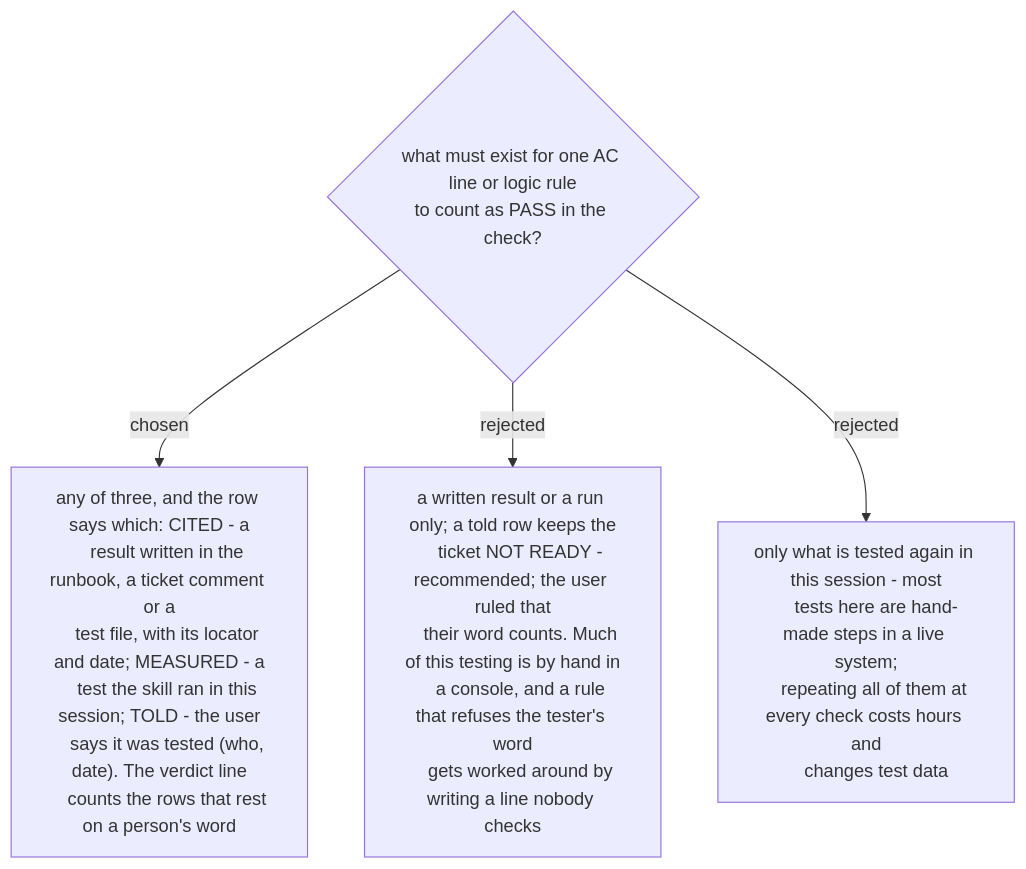
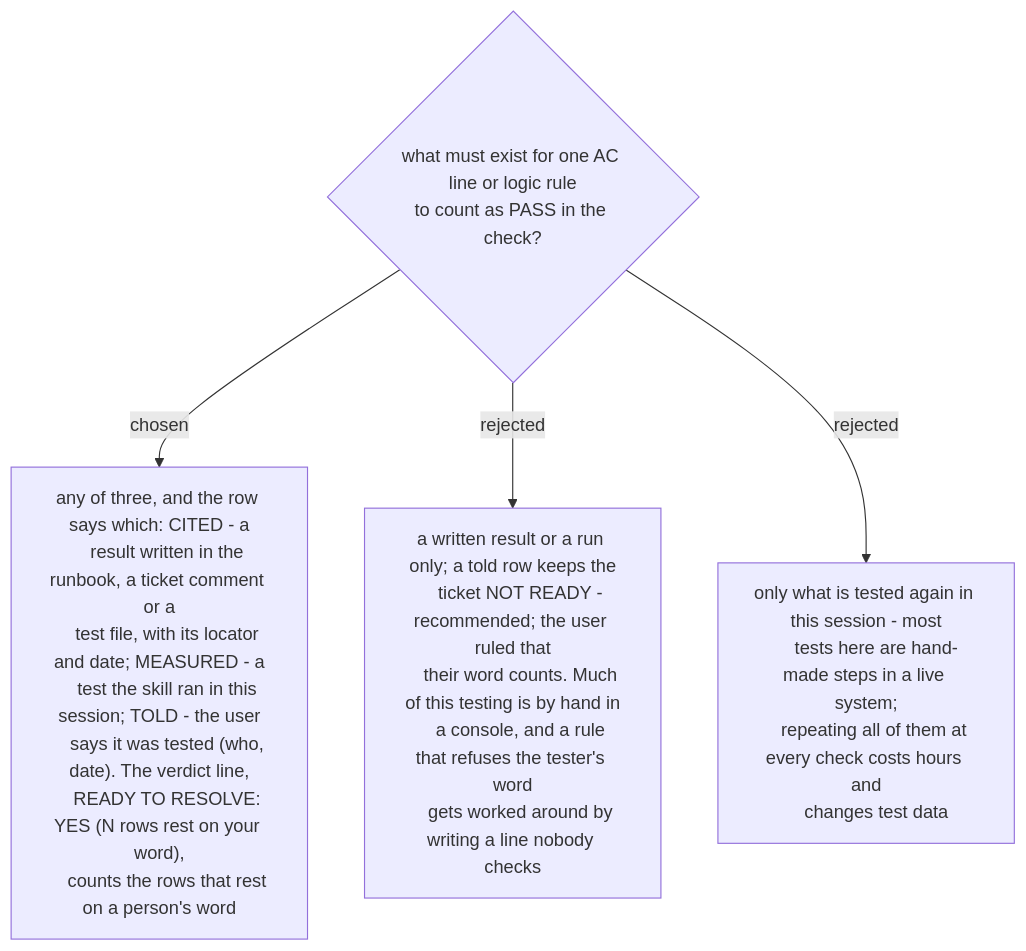
Before and after one commit to ThodsaphonSonthiphin/workflow-daily-work: the diagram in docs/adr/workflow-daily-work-0319-a-row-passes-on-a-written-result-a-test-run-now-or-the-users-word-each-marked.md, drawn with Mermaid. The commit also changed other lines of this file and 10 other files, not shown here.

First line of the commit message:
docs(resolve-the-ticket): ADRs 0331-0333 - requirement-text staleness, split tables only, file-only runbook hand-off; spec says what the skill ships; eval 7; plan banner

````diff
--- a/docs/adr/workflow-daily-work-0319-a-row-passes-on-a-written-result-a-test-run-now-or-the-users-word-each-marked.md
+++ b/docs/adr/workflow-daily-work-0319-a-row-passes-on-a-written-result-a-test-run-now-or-the-users-word-each-marked.md
@@ -3,18 +3,19 @@
 ```mermaid
 flowchart TD
     Q{"what must exist for one AC line or logic rule<br/>to count as PASS in the check?"} -->|chosen| A["any of three, and the row says which: CITED - a
     result written in the runbook, a ticket comment or a
     test file, with its locator and date; MEASURED - a
     test the skill ran in this session; TOLD - the user
-    says it was tested (who, date). The verdict line
+    says it was tested (who, date). The verdict line,
+    READY TO RESOLVE: YES (N rows rest on your word),
     counts the rows that rest on a person's word"]
     Q -->|rejected| B["a written result or a run only; a told row keeps the
     ticket NOT READY - recommended; the user ruled that
     their word counts. Much of this testing is by hand in
     a console, and a rule that refuses the tester's word
     gets worked around by writing a line nobody checks"]
     Q -->|rejected| C["only what is tested again in this session - most
     tests here are hand-made steps in a live system;
     repeating all of them at every check costs hours and
     changes test data"]
 ```
````
